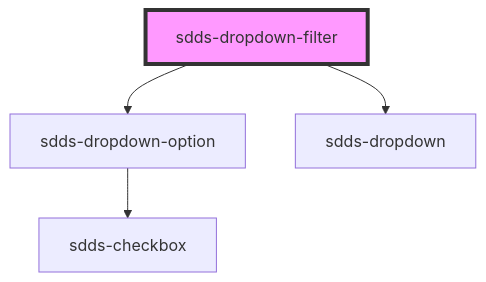
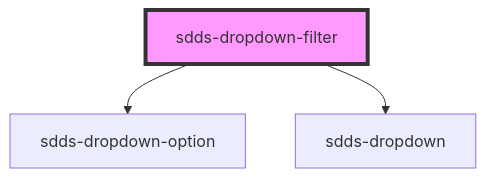
Before and after one commit to scania-digital-design-system/tegel: the diagram in core/src/components/dropdown/dropdown-filter/readme.md, drawn with Mermaid. The commit also changed 5 other files, not shown here.

````diff
--- a/core/src/components/dropdown/dropdown-filter/readme.md
+++ b/core/src/components/dropdown/dropdown-filter/readme.md
@@ -48,7 +48,6 @@
 ```mermaid
 graph TD;
   sdds-dropdown-filter --> sdds-dropdown-option
   sdds-dropdown-filter --> sdds-dropdown
-  sdds-dropdown-option --> sdds-checkbox
   style sdds-dropdown-filter fill:#f9f,stroke:#333,stroke-width:4px
 ```
````
